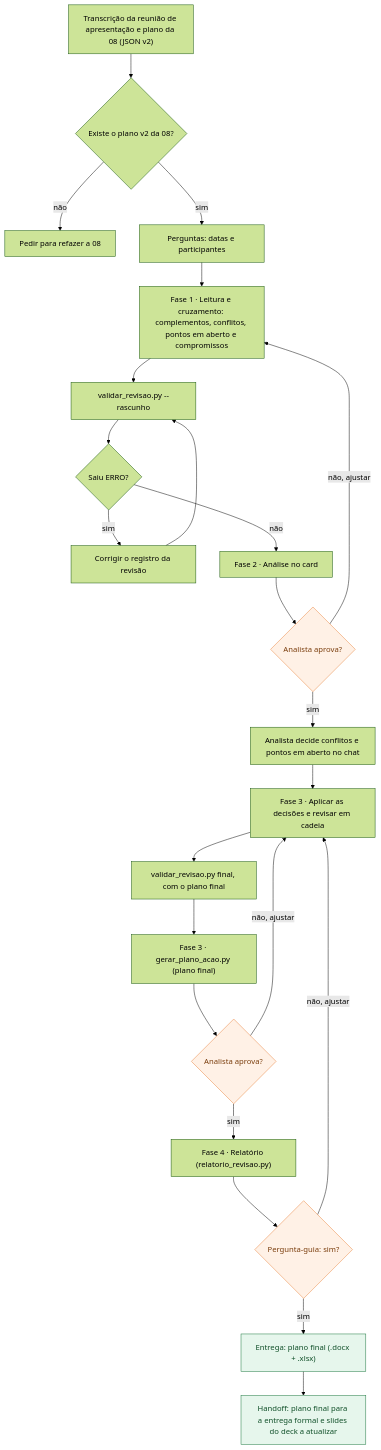
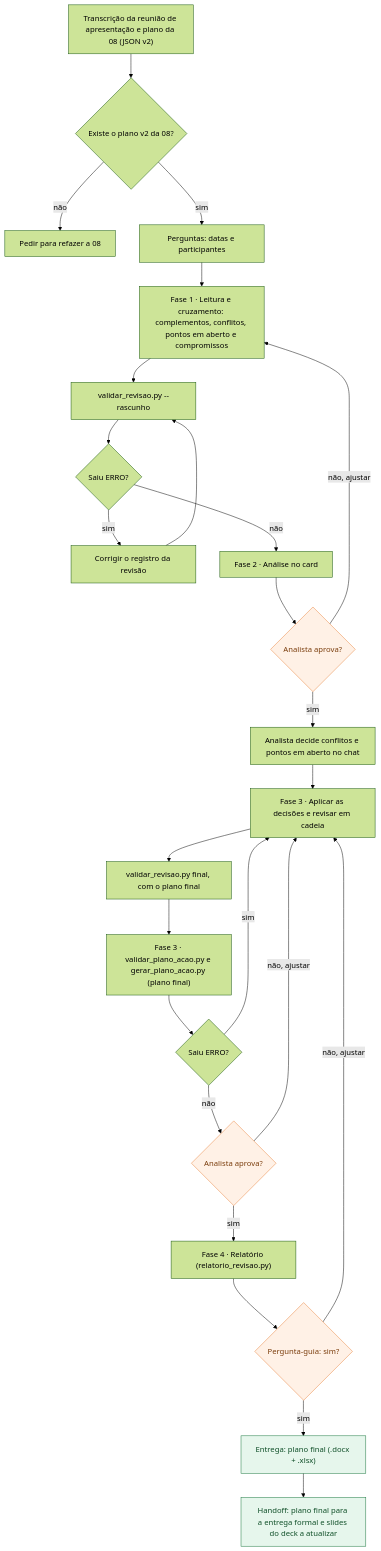
One commit to MatheusBoomer/growth-cycle-boomer changed the diagram in .claude/skills/10-revisao-pos-apresentacao/fluxo.mmd. Above: the diagram before and after it, drawn with Mermaid (forest theme). The commit also changed 20 other files, not shown here.

Commit message:
fix(skills): contagem 01→10, 09 como penúltima e ERRO na Fase 3 do fluxo da 10

```diff
--- a/.claude/skills/10-revisao-pos-apresentacao/fluxo.mmd
+++ b/.claude/skills/10-revisao-pos-apresentacao/fluxo.mmd
@@ -1,49 +1,52 @@
 flowchart TD
   I1["Transcrição da reunião de apresentação e plano da 08 (JSON v2)"]
   D1{"Existe o plano v2 da 08?"}
   P1["Pedir para refazer a 08"]
   P2["Perguntas: datas e participantes"]
   P3["Fase 1 · Leitura e cruzamento: complementos, conflitos, pontos em aberto e compromissos"]
   V1["validar_revisao.py --rascunho"]
   D2{"Saiu ERRO?"}
   P4["Corrigir o registro da revisão"]
   P5["Fase 2 · Análise no card"]
   C1{"Analista aprova?"}
   P6["Analista decide conflitos e pontos em aberto no chat"]
   P7["Fase 3 · Aplicar as decisões e revisar em cadeia"]
   V2["validar_revisao.py final, com o plano final"]
-  P8["Fase 3 · gerar_plano_acao.py (plano final)"]
+  P8["Fase 3 · validar_plano_acao.py e gerar_plano_acao.py (plano final)"]
+  D3{"Saiu ERRO?"}
   C2{"Analista aprova?"}
   P9["Fase 4 · Relatório (relatorio_revisao.py)"]
   C3{"Pergunta-guia: sim?"}
   E1["Entrega: plano final (.docx + .xlsx)"]
   H1["Handoff: plano final para a entrega formal e slides do deck a atualizar"]
 
   I1 --> D1
   D1 -->|"não"| P1
   D1 -->|"sim"| P2
   P2 --> P3
   P3 --> V1
   V1 --> D2
   D2 -->|"sim"| P4
   P4 --> V1
   D2 -->|"não"| P5
   P5 --> C1
   C1 -->|"sim"| P6
   C1 -->|"não, ajustar"| P3
   P6 --> P7
   P7 --> V2
   V2 --> P8
-  P8 --> C2
+  P8 --> D3
+  D3 -->|"sim"| P7
+  D3 -->|"não"| C2
   C2 -->|"sim"| P9
   C2 -->|"não, ajustar"| P7
   P9 --> C3
   C3 -->|"sim"| E1
   C3 -->|"não, ajustar"| P7
   E1 --> H1
 
   class C1,C2,C3 checkpoint
   class E1,H1 entrega
   classDef checkpoint fill:#fff1e6,stroke:#e8803a,color:#7a3d0c
   classDef subagente fill:#e8f0fd,stroke:#1f4fa8,color:#173a7a
   classDef entrega fill:#e6f6ec,stroke:#16743b,color:#0f4f28
```
